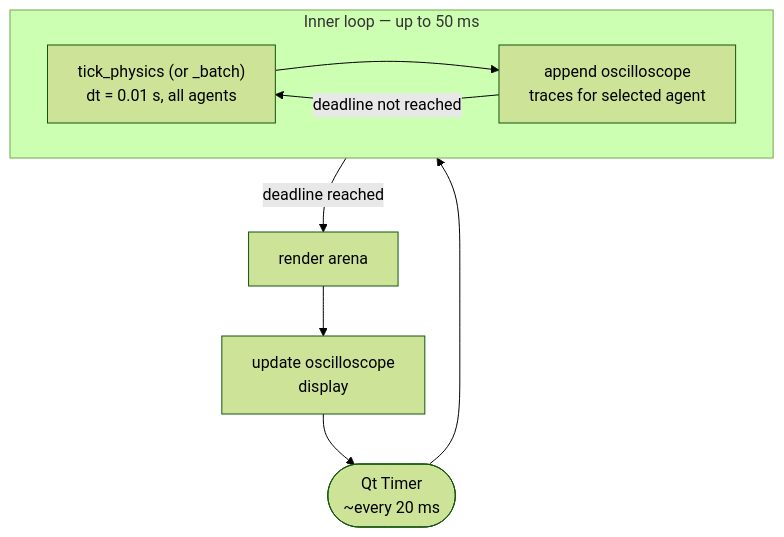
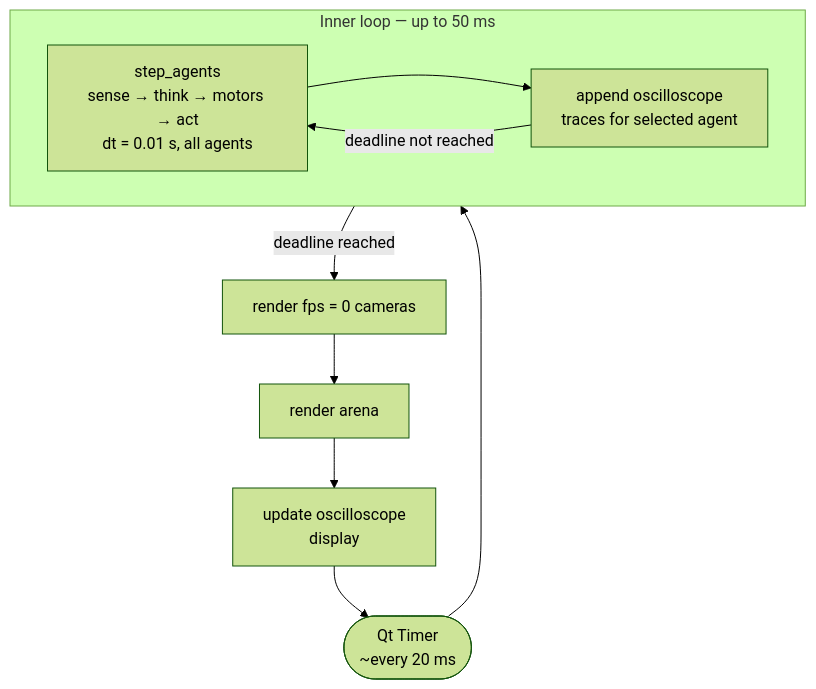
One commit to fchampalimaud/cf.lbp changed the first of 4 diagrams in simulation/docs/simulator/reference.md. Above: the diagram before and after it, drawn with Mermaid (forest theme). The commit also changed other lines of this file and 116 other files, not shown here.

````diff
--- a/simulation/docs/simulator/reference.md
+++ b/simulation/docs/simulator/reference.md
@@ -13,13 +13,14 @@
 ```mermaid
 flowchart TD
     T(["Qt Timer\n~every 20 ms"]) --> L
 
     subgraph L ["Inner loop — up to 50 ms"]
-        P["tick_physics (or _batch)\ndt = 0.01 s, all agents"] --> N[append oscilloscope\ntraces for selected agent]
+        P["step_agents\nsense → think → motors → act\ndt = 0.01 s, all agents"] --> N[append oscilloscope\ntraces for selected agent]
         N -->|deadline not reached| P
     end
 
-    L -->|deadline reached| R[render arena]
+    L -->|deadline reached| C[render fps = 0 cameras]
+    C --> R[render arena]
     R --> O[update oscilloscope\ndisplay]
     O --> T
 ```
````
